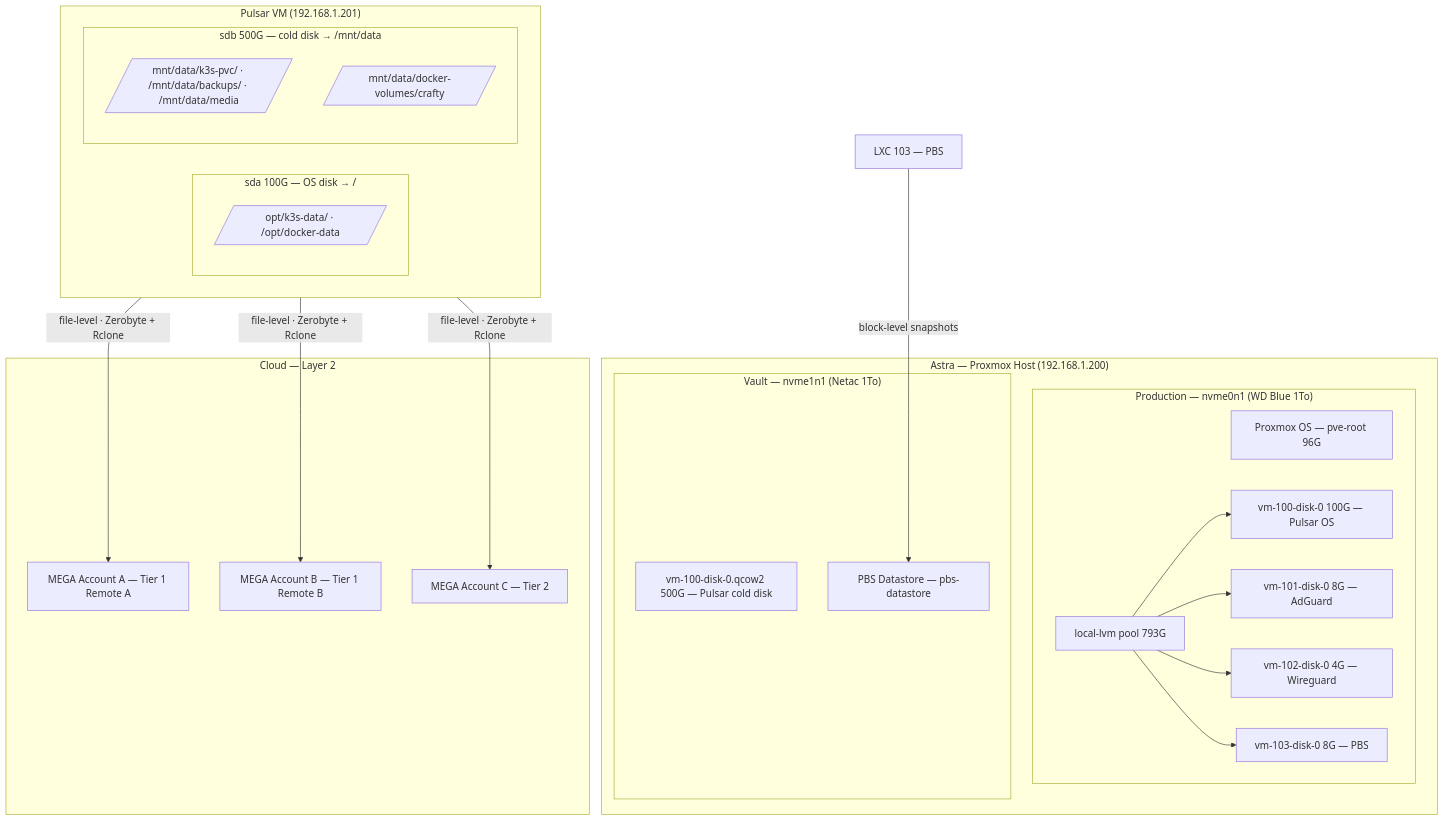
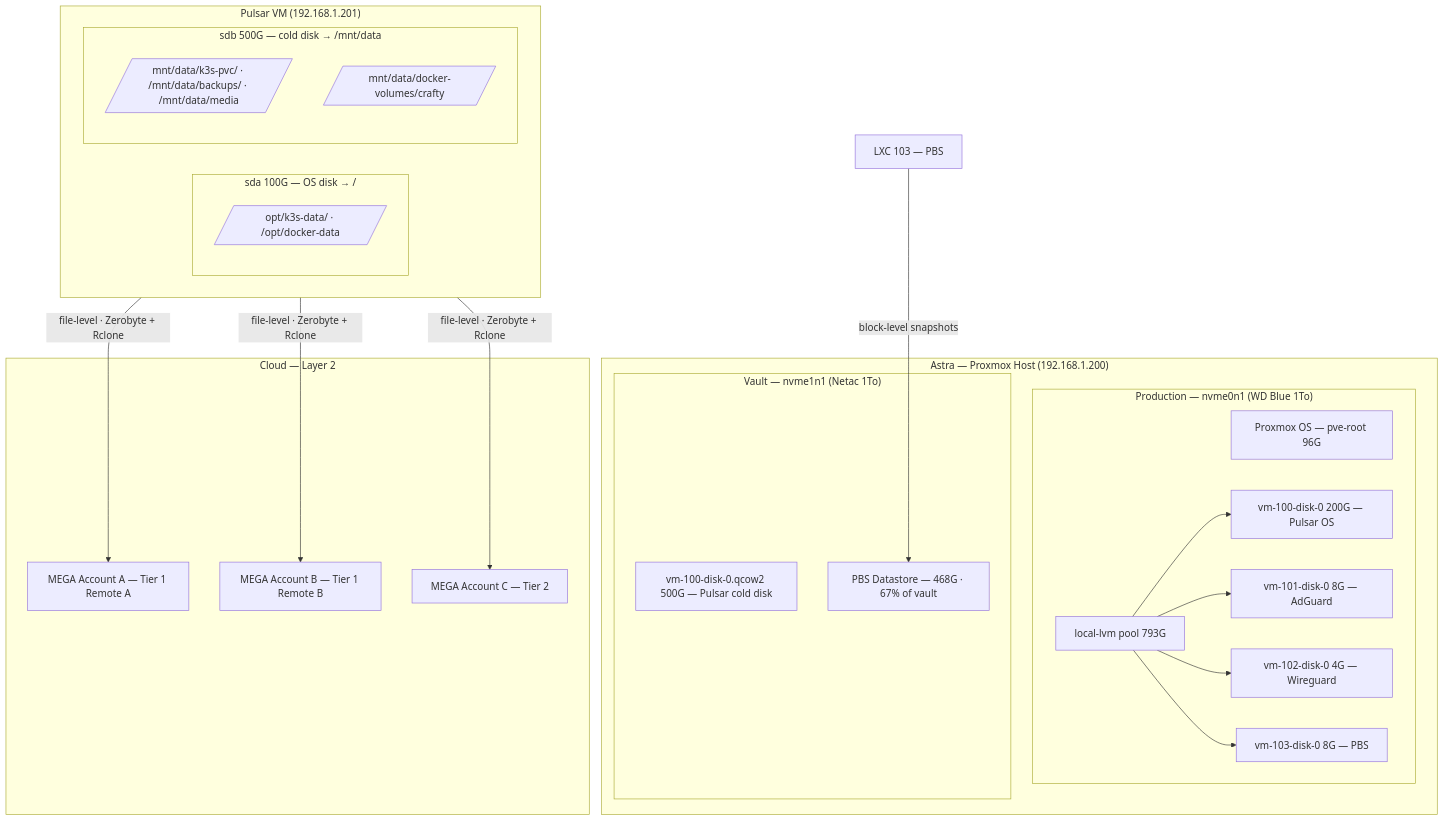
One commit to Enoal-Fauchille-Bolle/Astra-ops changed the diagram in docs/BACKUP.md. Above: the diagram before and after it, drawn with Mermaid. The commit also changed other lines of this file, not shown here.

````diff
--- a/docs/BACKUP.md
+++ b/docs/BACKUP.md
@@ -57,39 +57,39 @@
 ```mermaid
 graph TB
     subgraph ASTRA["Astra — Proxmox Host (192.168.1.200)"]
         subgraph PROD["Production — nvme0n1 (WD Blue 1To)"]
             PVE_OS[Proxmox OS — pve-root 96G]
             LVM[local-lvm pool 793G]
-            LVM --> DISK0[vm-100-disk-0 100G — Pulsar OS]
+            LVM --> DISK0[vm-100-disk-0 200G — Pulsar OS]
             LVM --> DISK1[vm-101-disk-0 8G — AdGuard]
             LVM --> DISK2[vm-102-disk-0 4G — Wireguard]
             LVM --> DISK3[vm-103-disk-0 8G — PBS]
         end
 
         subgraph VAULT["Vault — nvme1n1 (Netac 1To)"]
             VAULT_IMAGES[vm-100-disk-0.qcow2 500G — Pulsar cold disk]
-            PBS_DS[PBS Datastore — pbs-datastore]
+            PBS_DS[PBS Datastore — 468G · 67% of vault]
         end
     end
 
     subgraph PULSAR["Pulsar VM (192.168.1.201)"]
         subgraph SDA["sda 100G — OS disk → /"]
             OPT[/opt/k3s-data/ · /opt/docker-data/]
         end
         subgraph SDB["sdb 500G — cold disk → /mnt/data"]
             MNT[/mnt/data/k3s-pvc/ · /mnt/data/backups/ · /mnt/data/media/]
             CRAFTY_VOL[/mnt/data/docker-volumes/crafty/]
         end
     end
 
     subgraph CLOUD["Cloud — Layer 2"]
         MEGA_A[MEGA Account A — Tier 1 Remote A]
         MEGA_B[MEGA Account B — Tier 1 Remote B]
         MEGA_C[MEGA Account C — Tier 2]
     end
 
     PBS_LXC[LXC 103 — PBS] -->|block-level snapshots| PBS_DS
     PULSAR -->|file-level · Zerobyte + Rclone| MEGA_A
     PULSAR -->|file-level · Zerobyte + Rclone| MEGA_B
     PULSAR -->|file-level · Zerobyte + Rclone| MEGA_C
 ```
````
